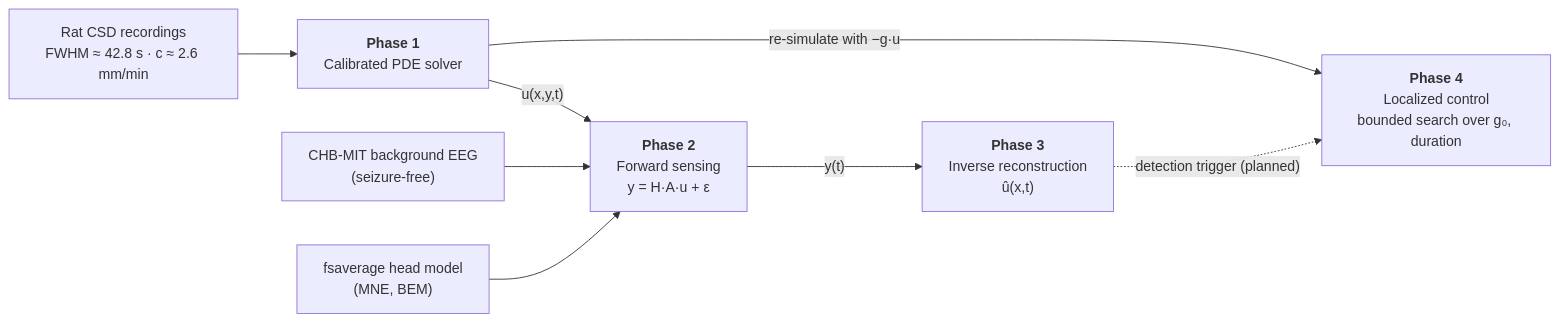
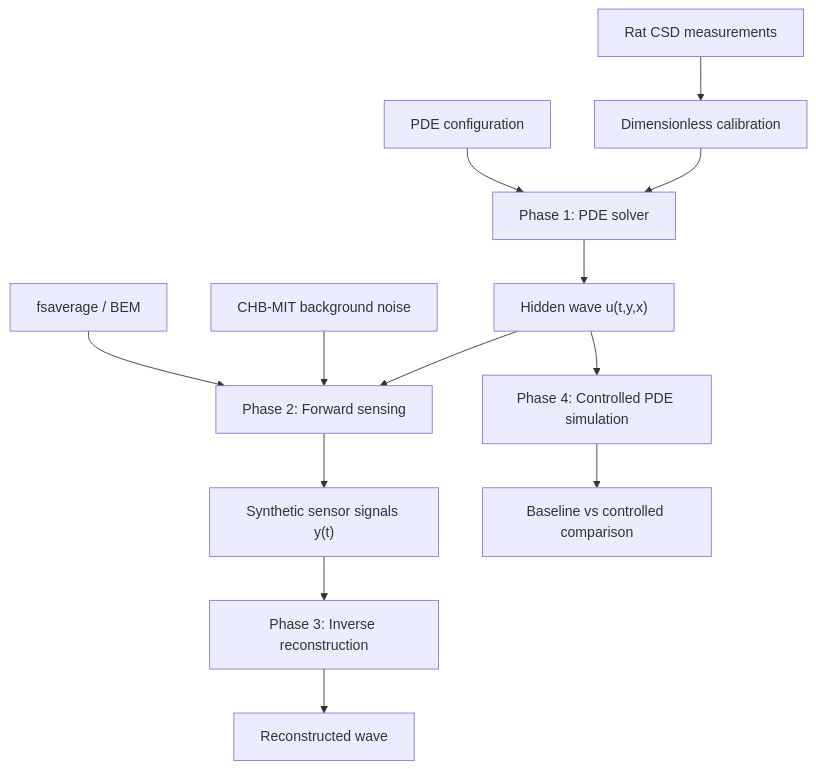
The diagram in README.md (Jana-Hazem/sense-and-stop), drawn with Mermaid before and after one commit. The commit also changed other lines of this file, not shown here.

````diff
--- a/README.md
+++ b/README.md
@@ -52,11 +76,15 @@
 ```mermaid
-flowchart LR
-    CSD["Rat CSD recordings<br/>FWHM ≈ 42.8 s · c ≈ 2.6 mm/min"] --> P1
-    P1["<b>Phase 1</b><br/>Calibrated PDE solver"] -- "u(x,y,t)" --> P2
-    EEG["CHB-MIT background EEG<br/>(seizure-free)"] --> P2
-    HEAD["fsaverage head model<br/>(MNE, BEM)"] --> P2
-    P2["<b>Phase 2</b><br/>Forward sensing<br/>y = H·A·u + ε"] -- "y(t)" --> P3
-    P3["<b>Phase 3</b><br/>Inverse reconstruction<br/>û(x,t)"] -. "detection trigger (planned)" .-> P4
-    P1 -- "re-simulate with −g·u" --> P4
-    P4["<b>Phase 4</b><br/>Localized control<br/>bounded search over g₀, duration"]
+flowchart TD
+    RAT["Rat CSD measurements"] --> CAL["Dimensionless calibration"]
+    CFG["PDE configuration"] --> PDE["Phase 1: PDE solver"]
+    CAL --> PDE
+    PDE --> U["Hidden wave u(t,y,x)"]
+    HEAD["fsaverage / BEM"] --> FWD["Phase 2: Forward sensing"]
+    EEG["CHB-MIT background noise"] --> FWD
+    U --> FWD
+    FWD --> Y["Synthetic sensor signals y(t)"]
+    Y --> INV["Phase 3: Inverse reconstruction"]
+    INV --> UEST["Reconstructed wave"]
+    U --> CTRL["Phase 4: Controlled PDE simulation"]
+    CTRL --> COMP["Baseline vs controlled comparison"]
 ```
````
